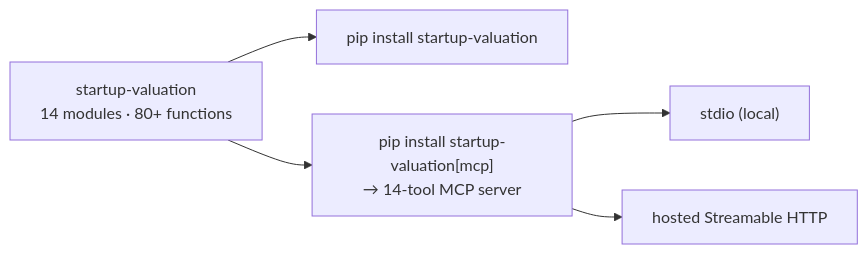
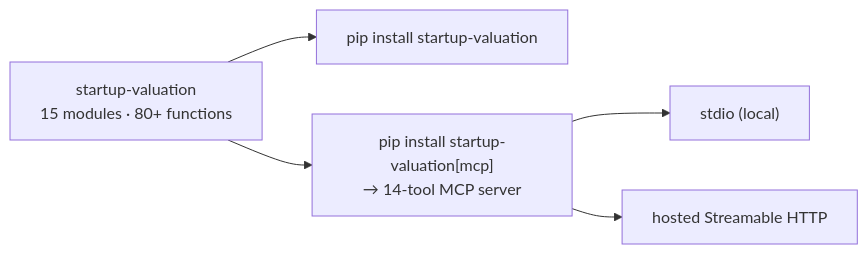
One commit to simonmak-ascent/startup-valuation changed the third of 3 diagrams in README.md. Above: the diagram before and after it, drawn with Mermaid. The commit also changed other lines of this file and 64 other files, not shown here.

````diff
--- a/README.md
+++ b/README.md
@@ -184,7 +184,7 @@
 ```mermaid
 flowchart LR
-    PKG["startup-valuation<br/>14 modules · 80+ functions"] --> L["pip install startup-valuation"]
+    PKG["startup-valuation<br/>15 modules · 80+ functions"] --> L["pip install startup-valuation"]
     PKG --> MP["pip install startup-valuation[mcp]<br/>→ 14-tool MCP server"]
     MP --> T1["stdio (local)"]
     MP --> T2["hosted Streamable HTTP"]
 ```
````
